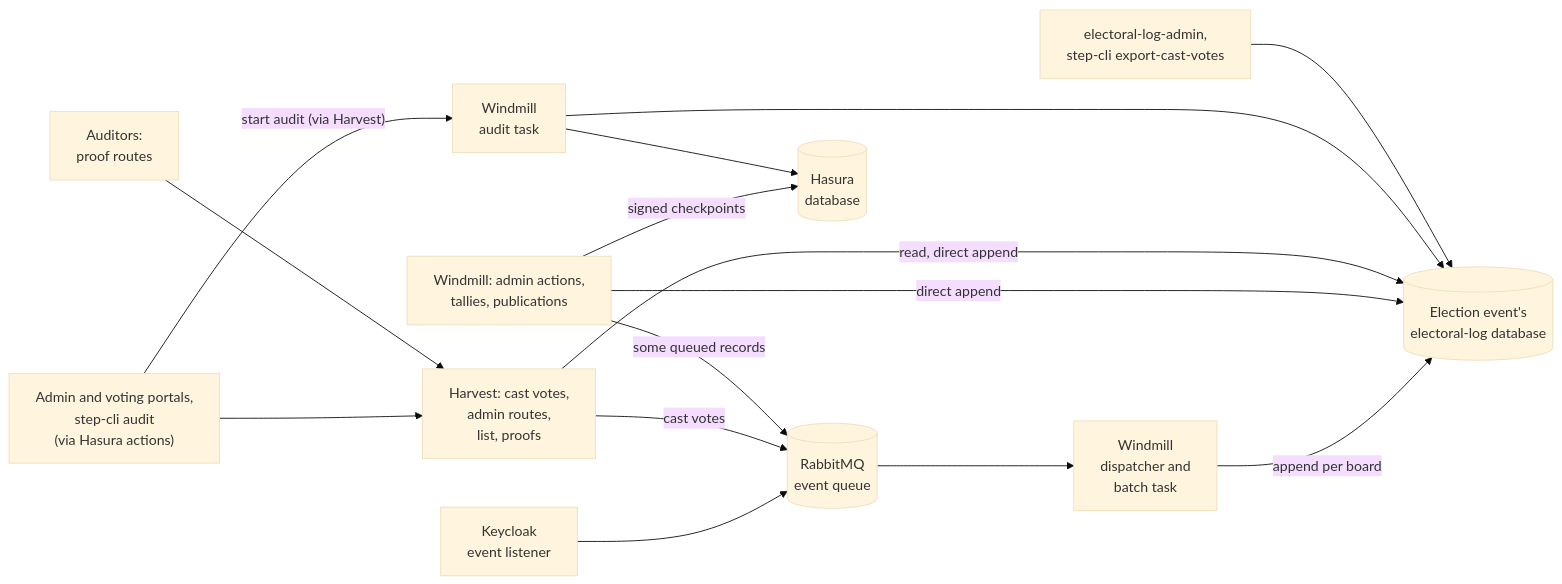
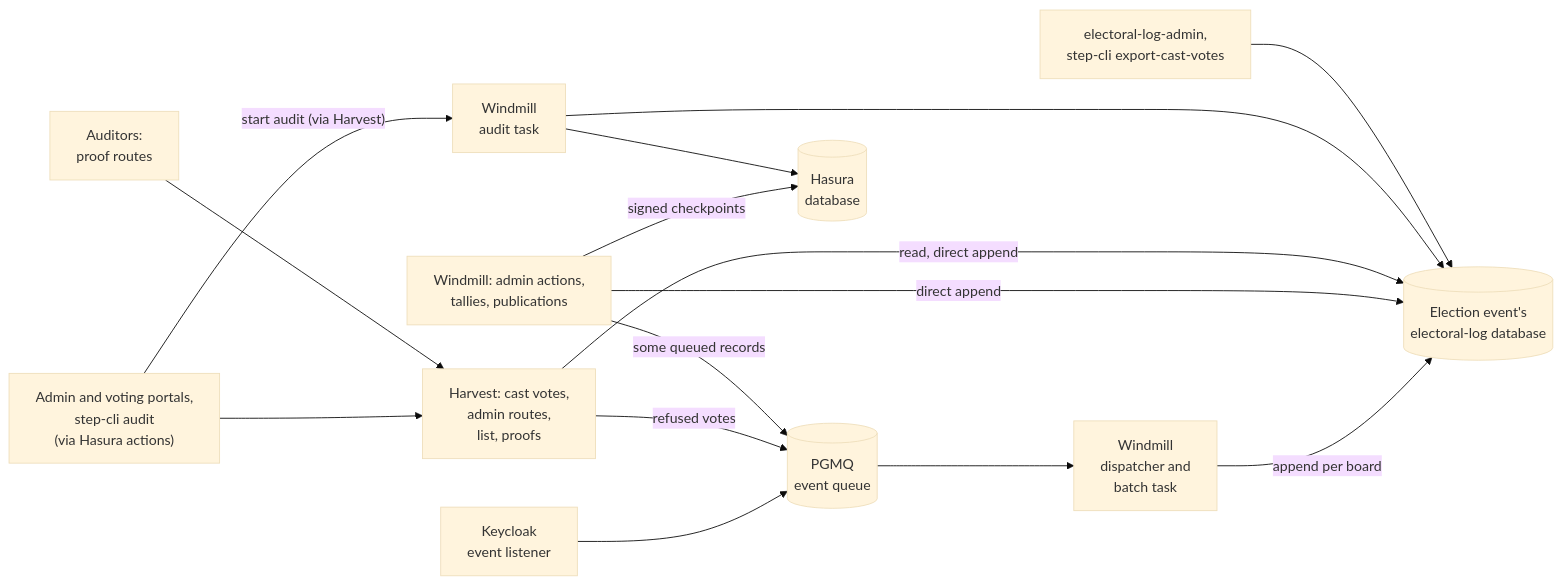
One commit to sequentech/step changed the first of 6 diagrams in docs/docusaurus/docs/07-developers/13-electoral-log/01-electoral-log-design.md. Above: the diagram before and after it, drawn with Mermaid (base theme). The commit also changed other lines of this file and 90 other files, not shown here.

First line of the commit message:
✨ Replace RabbitMQ task queues with PostgreSQL PGMQ (#3422)

````diff
--- a/docs/docusaurus/docs/07-developers/13-electoral-log/01-electoral-log-design.md
+++ b/docs/docusaurus/docs/07-developers/13-electoral-log/01-electoral-log-design.md
@@ -59,17 +59,17 @@
 ```mermaid
 flowchart LR
-    KC["Keycloak<br/>event listener"] --> Q[("RabbitMQ<br/>event queue")]
-    HV["Harvest: cast votes,<br/>admin routes,<br/>list, proofs"] -->|"cast votes"| Q
+    KC["Keycloak<br/>event listener"] --> Q[("PGMQ<br/>event queue")]
+    HV["Harvest: cast votes,<br/>admin routes,<br/>list, proofs"] -->|"refused votes"| Q
     Q --> DISP["Windmill<br/>dispatcher and<br/>batch task"]
     DISP -->|"append per board"| DB[("Election event's<br/>electoral-log database")]
     WD["Windmill: admin actions,<br/>tallies, publications"] -->|"direct append"| DB
     WD -->|"some queued records"| Q
     WD -->|"signed checkpoints"| HDB[("Hasura<br/>database")]
     HV -->|"read, direct append"| DB
     AUD["Windmill<br/>audit task"] --> DB
     AUD --> HDB
     ADM["electoral-log-admin,<br/>step-cli export-cast-votes"] --> DB
     CL["Admin and voting portals,<br/>step-cli audit<br/>(via Hasura actions)"] --> HV
     AUDR["Auditors:<br/>proof routes"] --> HV
     CL -->|"start audit (via Harvest)"| AUD
 ```
````
